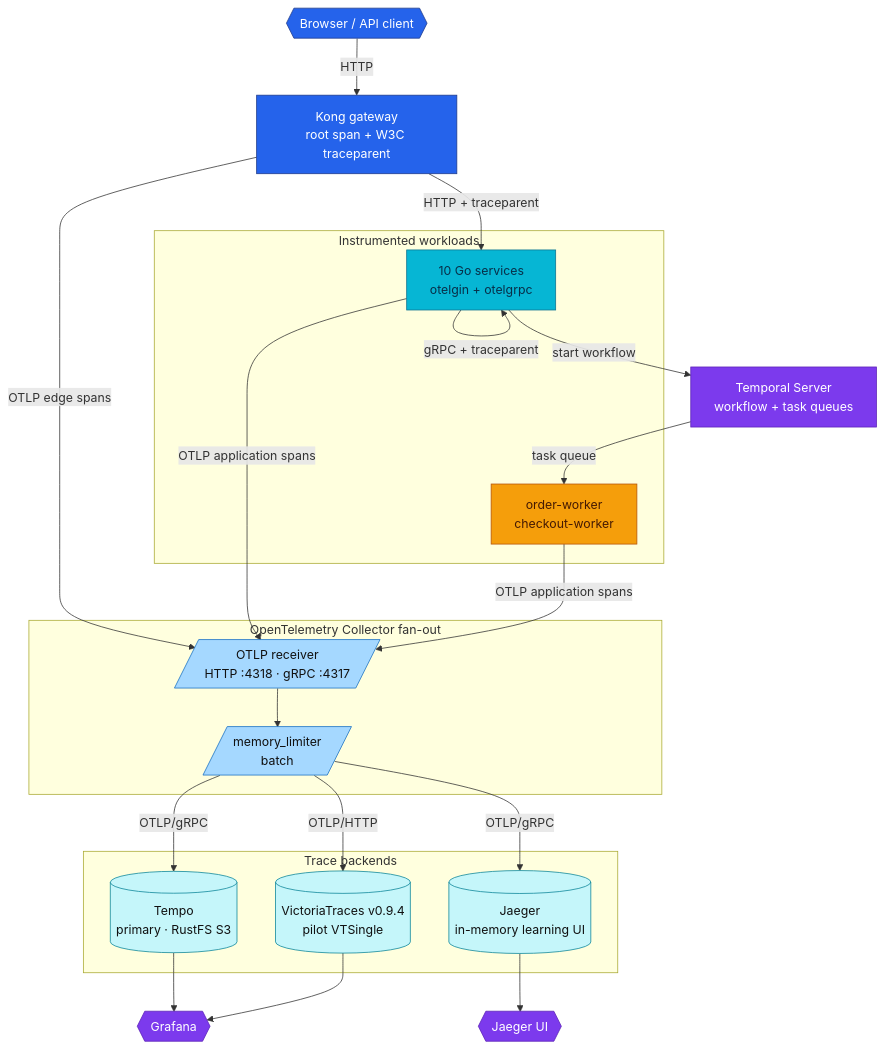
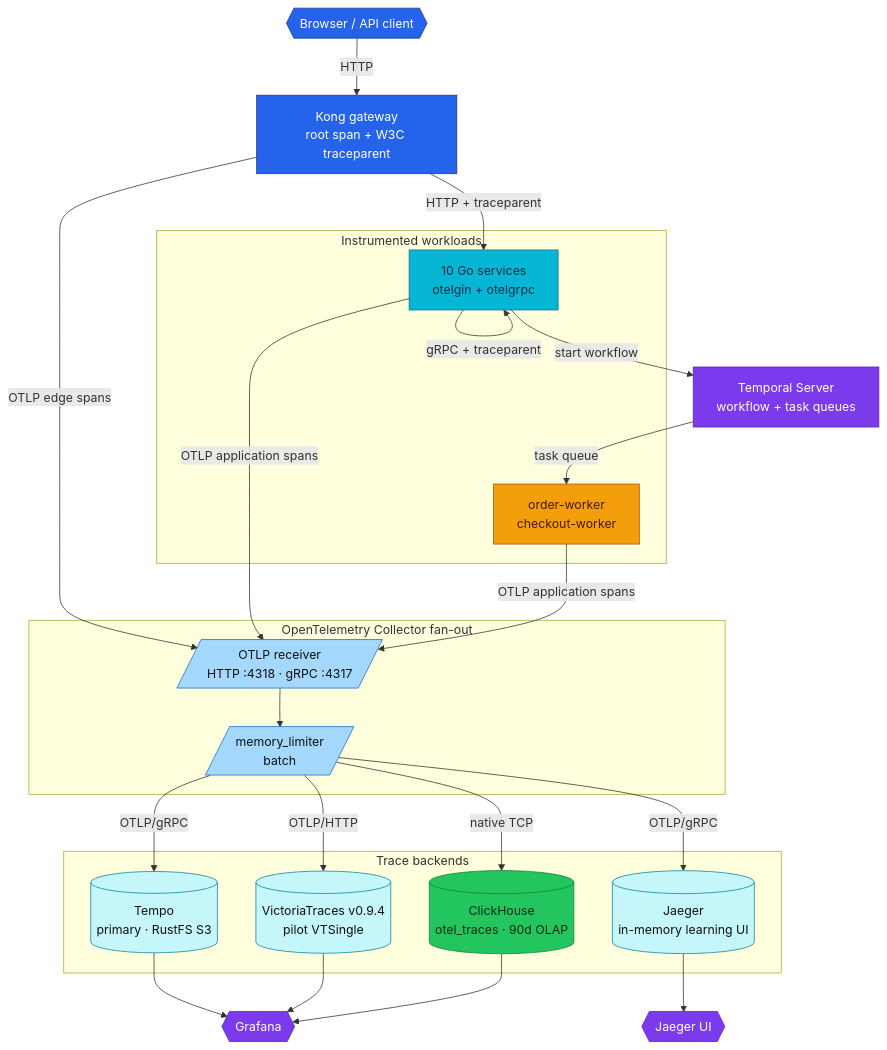
The first of 2 diagrams in docs/observability/tracing/architecture.md (duynhlab/homelab), drawn with Mermaid before and after one commit. The commit also changed other lines of this file and 14 other files, not shown here.

````diff
--- a/docs/observability/tracing/architecture.md
+++ b/docs/observability/tracing/architecture.md
@@ -11,54 +11,59 @@
 ```mermaid
 flowchart TB
     Client{{"Browser / API client"}}
     Kong["Kong gateway<br/>root span + W3C traceparent"]
 
     subgraph workloads["Instrumented workloads"]
         Services["10 Go services<br/>otelgin + otelgrpc"]
         Workers["order-worker<br/>checkout-worker"]
     end
     Temporal["Temporal Server<br/>workflow + task queues"]
 
 
     subgraph collectorNode["OpenTelemetry Collector fan-out"]
         Receiver[/"OTLP receiver<br/>HTTP :4318 · gRPC :4317"/]
         Processors[/"memory_limiter<br/>batch"/]
         Receiver --> Processors
     end
 
     subgraph backends["Trace backends"]
         Tempo[("Tempo<br/>primary · RustFS S3")]
         Jaeger[("Jaeger<br/>in-memory learning UI")]
         VT[("VictoriaTraces v0.9.4<br/>pilot VTSingle")]
+        CH[("ClickHouse<br/>otel_traces · 90d OLAP")]
     end
 
     Grafana{{"Grafana"}}
     JaegerUI{{"Jaeger UI"}}
 
     Client -->|"HTTP"| Kong
     Kong -->|"HTTP + traceparent"| Services
     Services -->|"gRPC + traceparent"| Services
     Services -->|"start workflow"| Temporal
     Temporal -->|"task queue"| Workers
     Kong -->|"OTLP edge spans"| Receiver
     Services & Workers -->|"OTLP application spans"| Receiver
     Processors -->|"OTLP/gRPC"| Tempo
     Processors -->|"OTLP/gRPC"| Jaeger
     Processors -->|"OTLP/HTTP"| VT
+    Processors -->|"native TCP"| CH
     Tempo --> Grafana
     VT --> Grafana
+    CH --> Grafana
     Jaeger --> JaegerUI
 
     classDef edge fill:#2563eb,color:#fff,stroke:#1e3a8a;
     classDef service fill:#06b6d4,color:#082f49,stroke:#0e7490;
     classDef worker fill:#f59e0b,color:#451a03,stroke:#b45309;
     classDef platform fill:#7c3aed,color:#fff,stroke:#5b21b6;
     classDef trace fill:#c5f6fa,color:#111,stroke:#0c8599;
     classDef collector fill:#a5d8ff,color:#111,stroke:#1971c2;
+    classDef data fill:#22c55e,color:#052e16,stroke:#15803d;
     class Client,Kong edge;
     class Services service;
     class Workers worker;
     class Receiver,Processors collector;
     class Tempo,Jaeger,VT trace;
+    class CH data;
     class Temporal,Grafana,JaegerUI platform;
 ```
````
